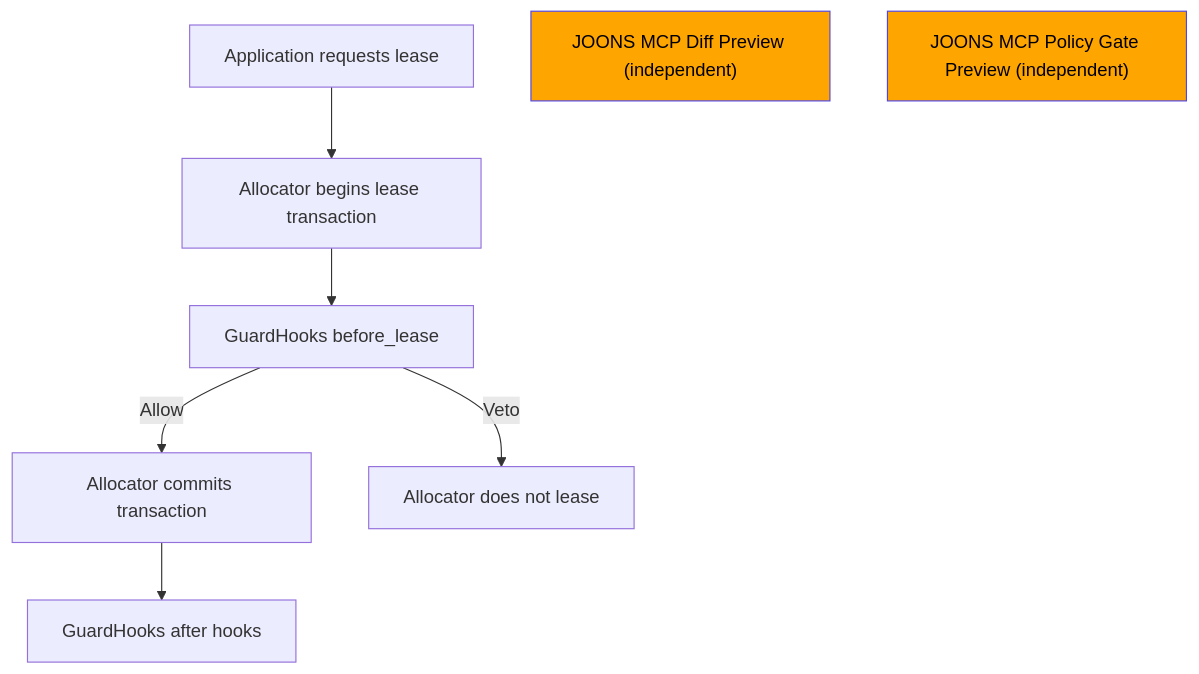
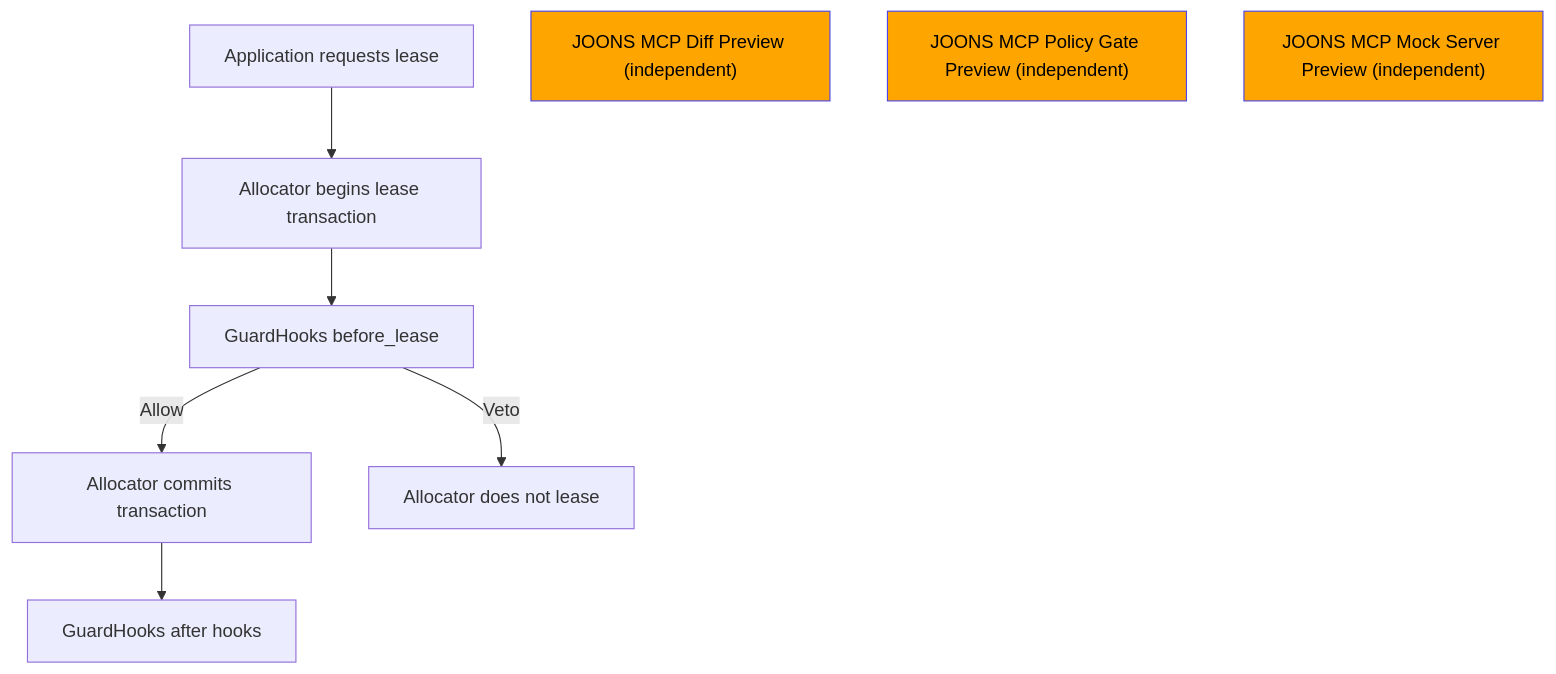
The third of 3 diagrams in docs/ARCHITECTURE.md (dbdefault/joons-ecosystem), drawn with Mermaid before and after one commit. The commit also changed other lines of this file and 6 other files, not shown here.

Commit message:
Docs: add JOONS MCP Mock Server v0.1.0 Preview

````diff
--- a/docs/ARCHITECTURE.md
+++ b/docs/ARCHITECTURE.md
@@ -105,12 +110,13 @@
 ```mermaid
 flowchart TD
     App["Application requests lease"] --> Begin["Allocator begins lease transaction"]
     Begin --> Before["GuardHooks before_lease"]
     Before -->|"Allow"| Commit["Allocator commits transaction"]
     Commit --> After["GuardHooks after hooks"]
     Before -->|"Veto"| Stop["Allocator does not lease"]
     Diff["JOONS MCP Diff Preview (independent)"]
     PolicyGate["JOONS MCP Policy Gate Preview (independent)"]
+    MockServer["JOONS MCP Mock Server Preview (independent)"]
     classDef preview fill:#ffa500,stroke:#4F46E5,color:#000
-    class Diff,PolicyGate preview
+    class Diff,PolicyGate,MockServer preview
 ```
````
